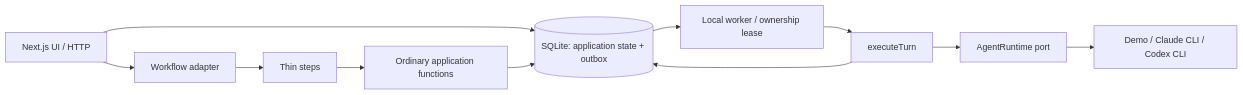
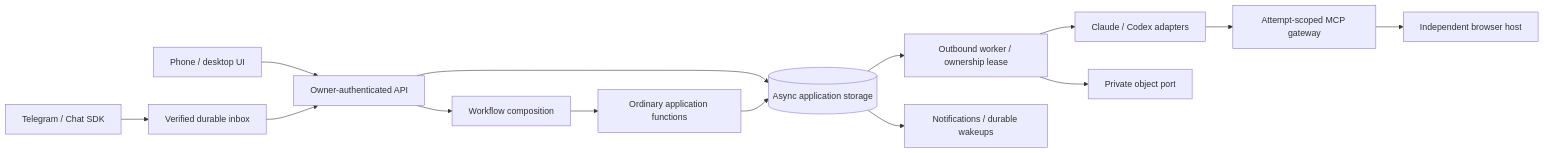
The diagram in docs/architecture.md (tomaspiaggio/meta-harness), drawn with Mermaid before and after one commit. The commit also changed other lines of this file and 223 other files, not shown here.

````diff
--- a/docs/architecture.md
+++ b/docs/architecture.md
@@ -15,13 +12,16 @@
 ```mermaid
 flowchart LR
-    UI[Next.js UI / HTTP] --> DB[(SQLite: application state + outbox)]
-    UI --> WF[Workflow adapter]
-    WF --> STEP[Thin steps]
-    STEP --> CORE[Ordinary application functions]
-    CORE --> DB
-    DB --> WORKER[Local worker / ownership lease]
-    WORKER --> EXEC[executeTurn]
-    EXEC --> RT[AgentRuntime port]
-    RT --> CLI[Demo / Claude CLI / Codex CLI]
-    EXEC --> DB
+  UI[Phone / desktop UI] --> API[Owner-authenticated API]
+  TG[Telegram / Chat SDK] --> IN[Verified durable inbox]
+  IN --> API
+  API --> DB[(Async application storage)]
+  API --> WF[Workflow composition]
+  WF --> FN[Ordinary application functions]
+  FN --> DB
+  DB --> W[Outbound worker / ownership lease]
+  W --> RT[Claude / Codex adapters]
+  RT --> MCP[Attempt-scoped MCP gateway]
+  MCP --> BR[Independent browser host]
+  W --> OBJ[Private object port]
+  DB --> OUT[Notifications / durable wakeups]
 ```
````
